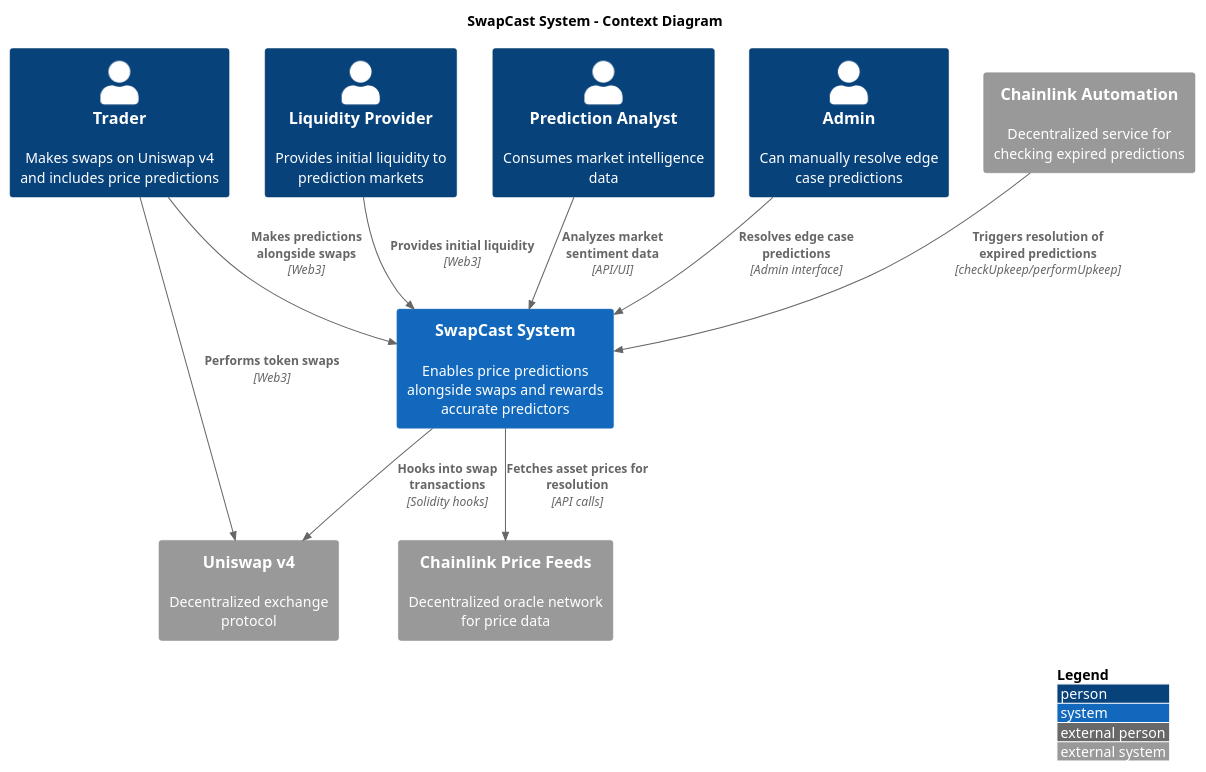
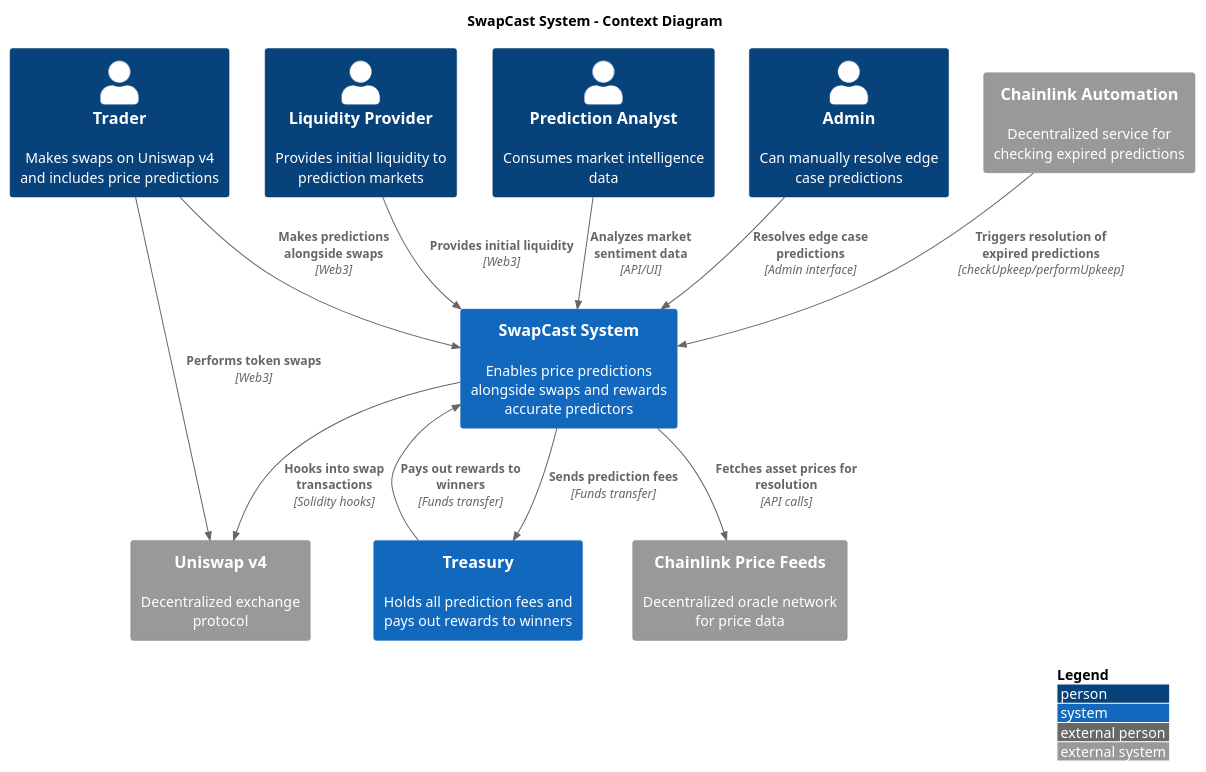
One commit to s-di-cola/swapcast changed the diagram in docs/c4_architecture/0_context.puml. Above: the diagram before and after it, drawn with PlantUML. The commit also changed 21 other files, not shown here.

```diff
--- a/docs/c4_architecture/0_context.puml
+++ b/docs/c4_architecture/0_context.puml
@@ -1,28 +1,31 @@
 @startuml
 !include https://raw.githubusercontent.com/plantuml-stdlib/C4-PlantUML/master/C4_Context.puml
 
 LAYOUT_WITH_LEGEND()
 
 title "SwapCast System - Context Diagram"
 
 Person(trader, "Trader", "Makes swaps on Uniswap v4 and includes price predictions")
 Person(liquidity_provider, "Liquidity Provider", "Provides initial liquidity to prediction markets")
 Person(prediction_analyst, "Prediction Analyst", "Consumes market intelligence data")
 Person(admin, "Admin", "Can manually resolve edge case predictions")
 
 System(swapcast, "SwapCast System", "Enables price predictions alongside swaps and rewards accurate predictors")
+System(treasury, "Treasury", "Holds all prediction fees and pays out rewards to winners")
 System_Ext(uniswap, "Uniswap v4", "Decentralized exchange protocol")
 System_Ext(chainlink_price, "Chainlink Price Feeds", "Decentralized oracle network for price data")
 System_Ext(chainlink_automation, "Chainlink Automation", "Decentralized service for checking expired predictions")
 
 Rel(trader, swapcast, "Makes predictions alongside swaps", "Web3")
+Rel(swapcast, treasury, "Sends prediction fees", "Funds transfer")
+Rel(treasury, swapcast, "Pays out rewards to winners", "Funds transfer")
 Rel(trader, uniswap, "Performs token swaps", "Web3")
 Rel(liquidity_provider, swapcast, "Provides initial liquidity", "Web3")
 Rel(prediction_analyst, swapcast, "Analyzes market sentiment data", "API/UI")
 Rel(admin, swapcast, "Resolves edge case predictions", "Admin interface")
 
 Rel(swapcast, uniswap, "Hooks into swap transactions", "Solidity hooks")
 Rel(swapcast, chainlink_price, "Fetches asset prices for resolution", "API calls")
 Rel(chainlink_automation, swapcast, "Triggers resolution of expired predictions", "checkUpkeep/performUpkeep")
 
 @enduml
```
